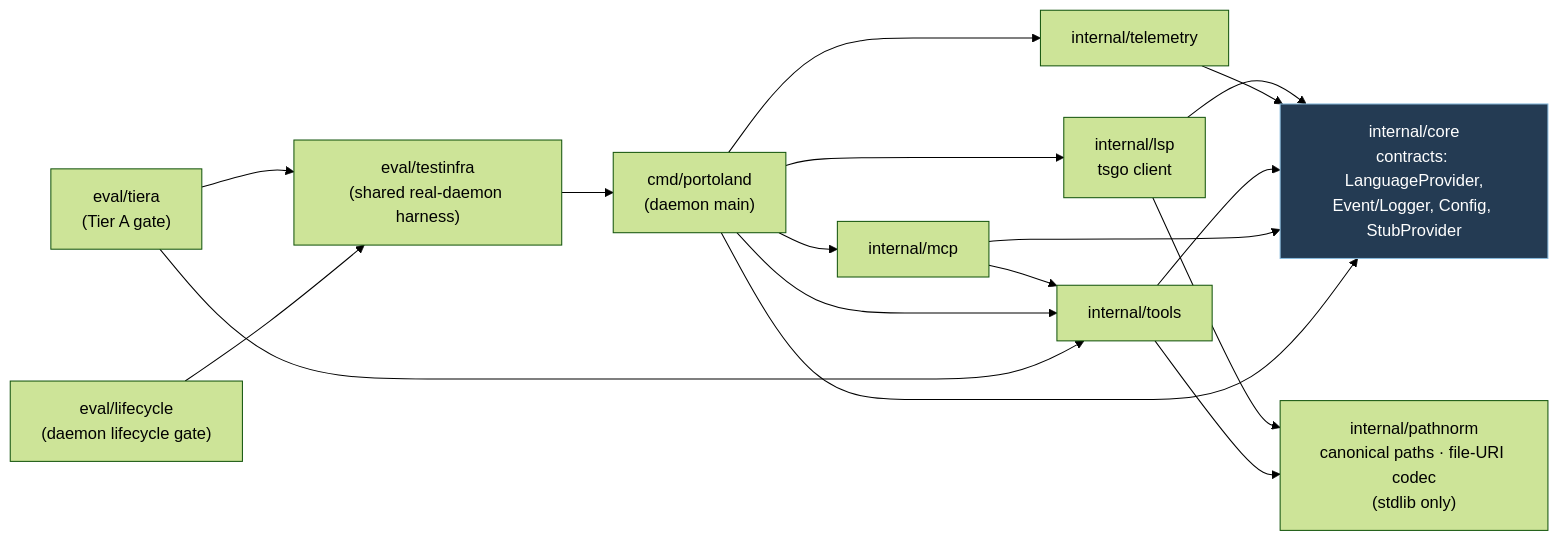
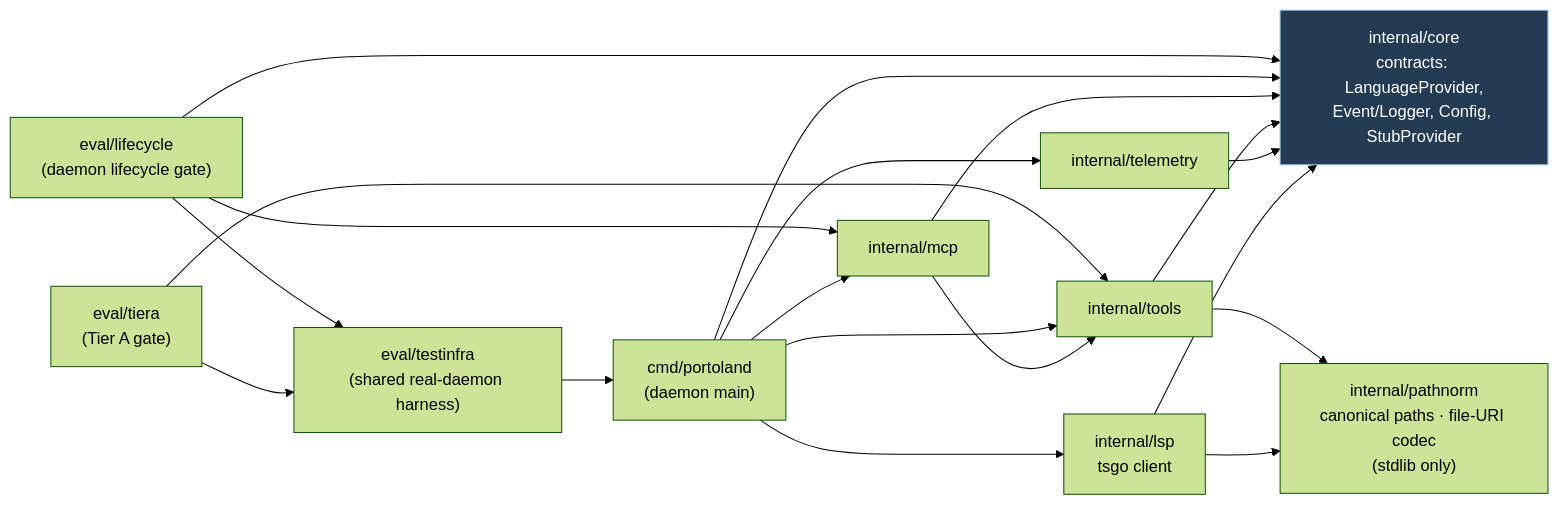
One commit to skflowne/portolan changed the fourth of 6 diagrams in ARCHITECTURE.md. Above: the diagram before and after it, drawn with Mermaid (forest theme). The commit also changed other lines of this file and 2 other files, not shown here.

Commit message:
Exercise the default control socket lifecycle

````diff
--- a/ARCHITECTURE.md
+++ b/ARCHITECTURE.md
@@ -215,33 +215,35 @@
 ```mermaid
 flowchart LR
     core["internal/core<br/>contracts: LanguageProvider,<br/>Event/Logger, Config, StubProvider"]
     lsp["internal/lsp<br/>tsgo client"]
     path["internal/pathnorm<br/>canonical paths · file-URI codec<br/>(stdlib only)"]
     tel["internal/telemetry"]
     tools["internal/tools"]
     mcp["internal/mcp"]
     cmd["cmd/portoland<br/>(daemon main)"]
     eval["eval/tiera<br/>(Tier A gate)"]
     lifecycle["eval/lifecycle<br/>(daemon lifecycle gate)"]
     testinfra["eval/testinfra<br/>(shared real-daemon harness)"]
 
     lsp --> core
     lsp --> path
     tel --> core
     tools --> core
     tools --> path
     mcp --> core
     mcp --> tools
     cmd --> core
     cmd --> lsp
     cmd --> tel
     cmd --> mcp
     cmd --> tools
     eval --> tools
     eval --> testinfra
     lifecycle --> testinfra
+    lifecycle --> mcp
+    lifecycle --> core
     testinfra --> cmd
 
     classDef center fill:#243b53,stroke:#8bd,color:#fff;
     class core center;
 ```
````
